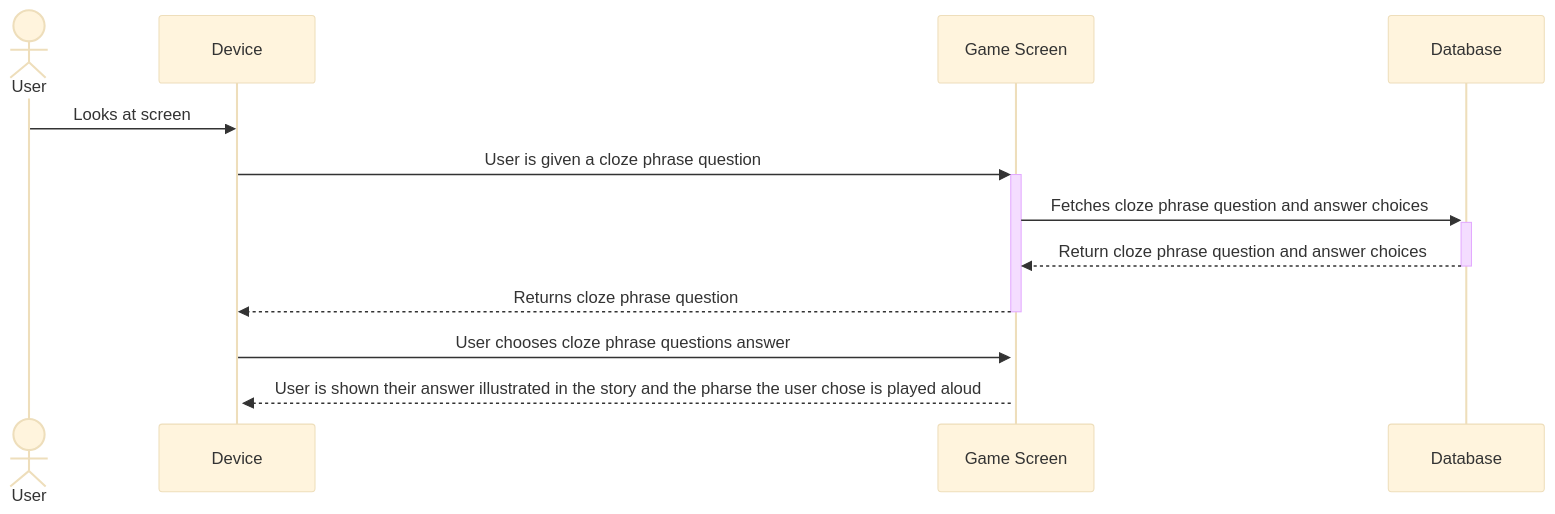
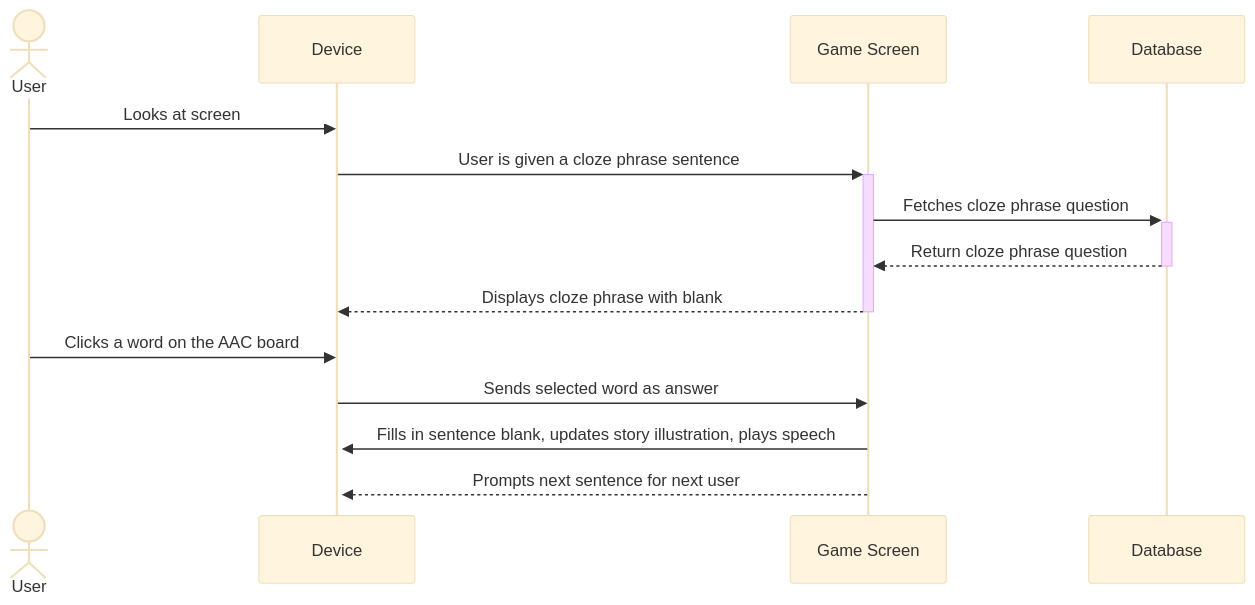
The fourth of 6 diagrams in documentation/docs/requirements/use-case-descriptions.md (henryschoemer/project-aac-game-team-b_bugfix_team6), drawn with Mermaid (base theme) before and after one commit. The commit also changed other lines of this file, not shown here.

````diff
--- a/documentation/docs/requirements/use-case-descriptions.md
+++ b/documentation/docs/requirements/use-case-descriptions.md
@@ -111,22 +114,19 @@
 ```mermaid
-
 sequenceDiagram 
     actor User
     participant D as Device
     participant GR as Game Screen
     participant Database
 
+    User ->> D: Looks at screen 
+    D ->>+ GR: User is given a cloze phrase sentence
+    GR ->>+ Database: Fetches cloze phrase question 
+    Database -->>- GR: Return cloze phrase question 
+    GR -->>- D: Displays cloze phrase with blank
 
-
-
-    User ->> D: Looks at screen 
-    D ->>+ GR: User is given a cloze phrase question
-    GR ->>+ Database: Fetches cloze phrase question and answer choices
-    Database -->>- GR: Return cloze phrase question and answer choices
-    GR -->>- D: Returns cloze phrase question
-
-    D ->>+ GR: User chooses cloze phrase questions answer 
-    GR -->>+ D: User is shown their answer illustrated in the story and the pharse the user chose is played aloud 
-  
+    User ->> D: Clicks a word on the AAC board
+    D ->> GR: Sends selected word as answer
+    GR ->>+ D: Fills in sentence blank, updates story illustration, plays speech
+    GR -->> D: Prompts next sentence for next user
 
 ```
````
